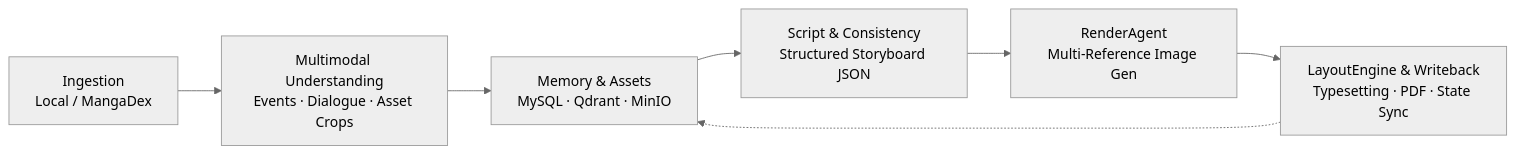
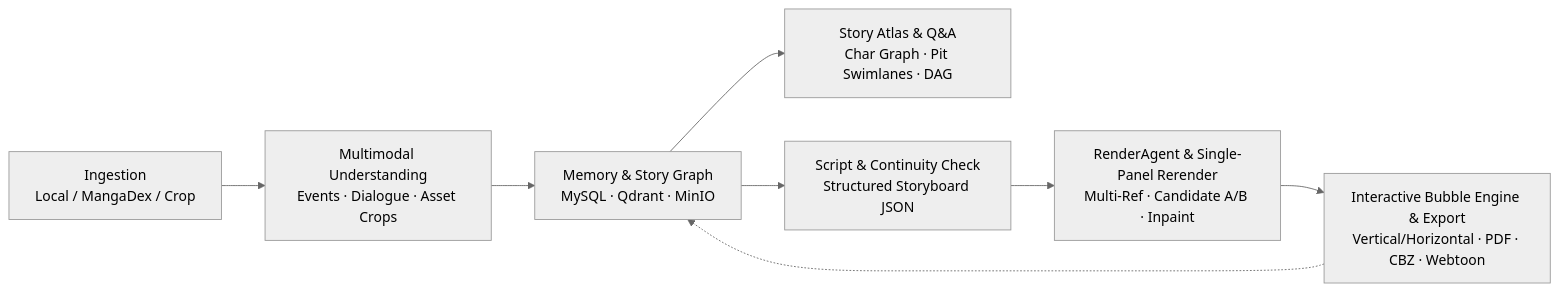
One commit to Gwen0x4c3/manga-forge changed the diagram in README.md. Above: the diagram before and after it, drawn with Mermaid (neutral theme). The commit also changed other lines of this file and 18 other files, not shown here.

Commit message:
feat(web): add Visual Story Atlas, interactive Bubble Studio, RTL reader, page cropper, and README showcase

````diff
--- a/README.md
+++ b/README.md
@@ -64,9 +91,10 @@
 ```mermaid
 flowchart LR
-    Ingest["Ingestion<br/>Local / MangaDex"] --> Understand["Multimodal Understanding<br/>Events · Dialogue · Asset Crops"]
-    Understand --> Memory["Memory & Assets<br/>MySQL · Qdrant · MinIO"]
-    Memory --> Script["Script & Consistency<br/>Structured Storyboard JSON"]
-    Script --> Render["RenderAgent<br/>Multi-Reference Image Gen"]
-    Render --> Layout["LayoutEngine & Writeback<br/>Typesetting · PDF · State Sync"]
+    Ingest["Ingestion<br/>Local / MangaDex / Crop"] --> Understand["Multimodal Understanding<br/>Events · Dialogue · Asset Crops"]
+    Understand --> Memory["Memory & Story Graph<br/>MySQL · Qdrant · MinIO"]
+    Memory --> Atlas["Story Atlas & Q&A<br/>Char Graph · Pit Swimlanes · DAG"]
+    Memory --> Script["Script & Continuity Check<br/>Structured Storyboard JSON"]
+    Script --> Render["RenderAgent & Single-Panel Rerender<br/>Multi-Ref · Candidate A/B · Inpaint"]
+    Render --> Layout["Interactive Bubble Engine & Export<br/>Vertical/Horizontal · PDF · CBZ · Webtoon"]
     Layout -.-> Memory
 ```
````
